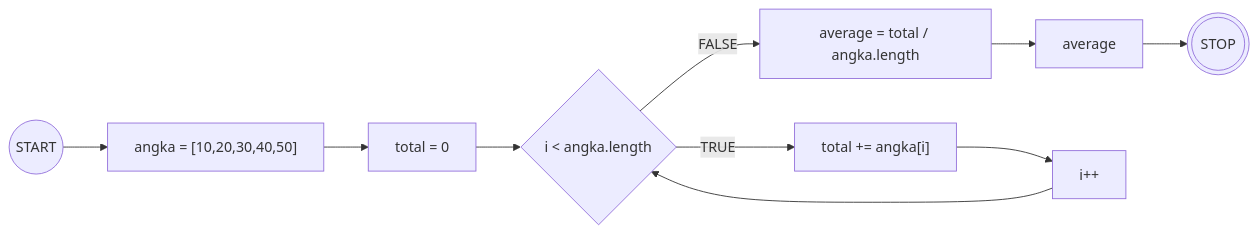
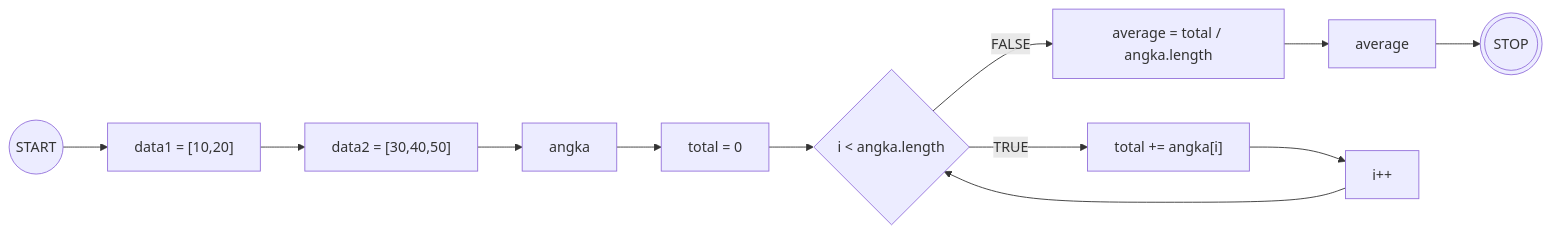
The third of 3 diagrams in README.md (ktsrqsdev/koda-b10-javascript4), drawn with Mermaid before and after one commit. The commit also changed other lines of this file, not shown here.

````diff
--- a/README.md
+++ b/README.md
@@ -69,26 +77,30 @@
 ``` mermaid
 flowchart LR
     start((START))
     stop(((STOP)))
 
     konI{i < angka.length}
 
-    array["angka = [10,20,30,40,50]"]
+    array["data1 = [10,20]"]
+    array2["data2 = [30,40,50]"]
+    angka["angka"]
     total[total = 0]
     addTotal["total += angka[i]"]
     average[average = total / angka.length]
     output[average]
     loop[i++]
 
 
     start --> array
-    array --> total
+    array --> array2
+    array2 --> angka
+    angka --> total
     total --> konI
     konI --TRUE--> addTotal
     addTotal --> loop
     loop --> konI
     konI --FALSE--> average
     average --> output
     output --> stop
 
 ```
````
